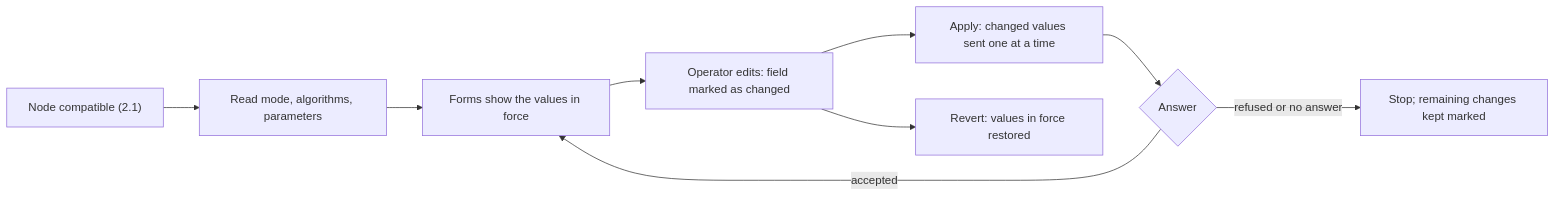
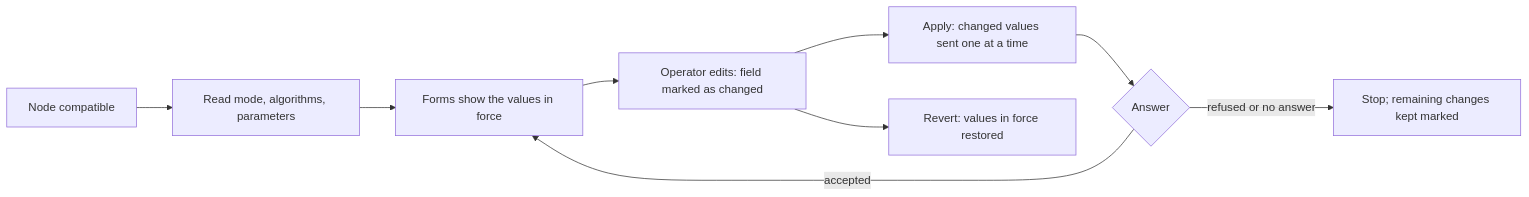
The second of 10 diagrams in documentation/design/tool-can-commander.md (embedded-pro/e-foc), drawn with Mermaid before and after one commit. The commit also changed other lines of this file and 64 other files, not shown here.

````diff
--- a/documentation/design/tool-can-commander.md
+++ b/documentation/design/tool-can-commander.md
@@ -223,11 +217,11 @@
 ```mermaid
 flowchart LR
-    Node["Node compatible (2.1)"] --> Read["Read mode, algorithms, parameters"]
+    Node["Node compatible"] --> Read["Read mode, algorithms, parameters"]
     Read --> Forms["Forms show the values in force"]
     Forms --> Edit["Operator edits: field marked as changed"]
     Edit --> Apply["Apply: changed values sent one at a time"]
     Apply --> Answer{"Answer"}
     Answer -- accepted --> Forms
     Answer -- refused or no answer --> Stop["Stop; remaining changes kept marked"]
     Edit --> Revert["Revert: values in force restored"]
 ```
````
